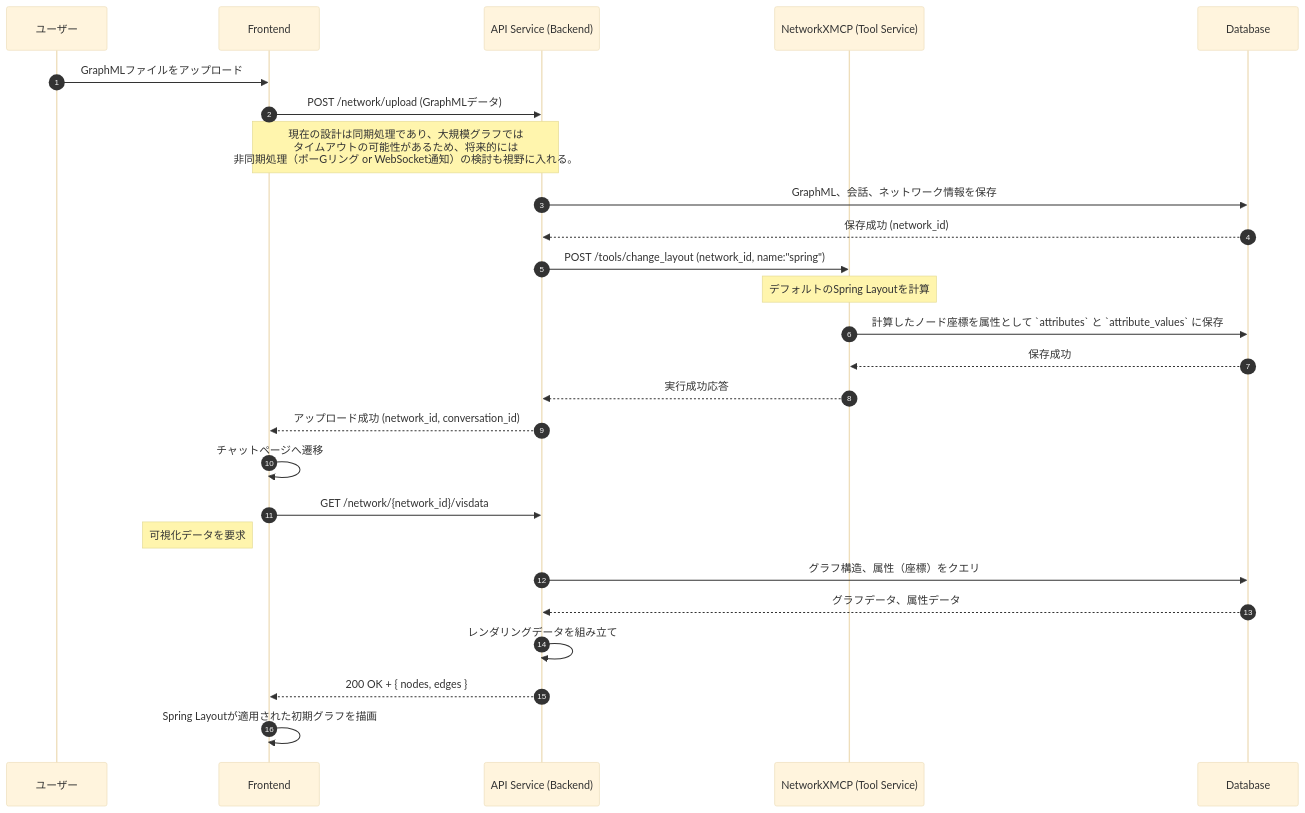
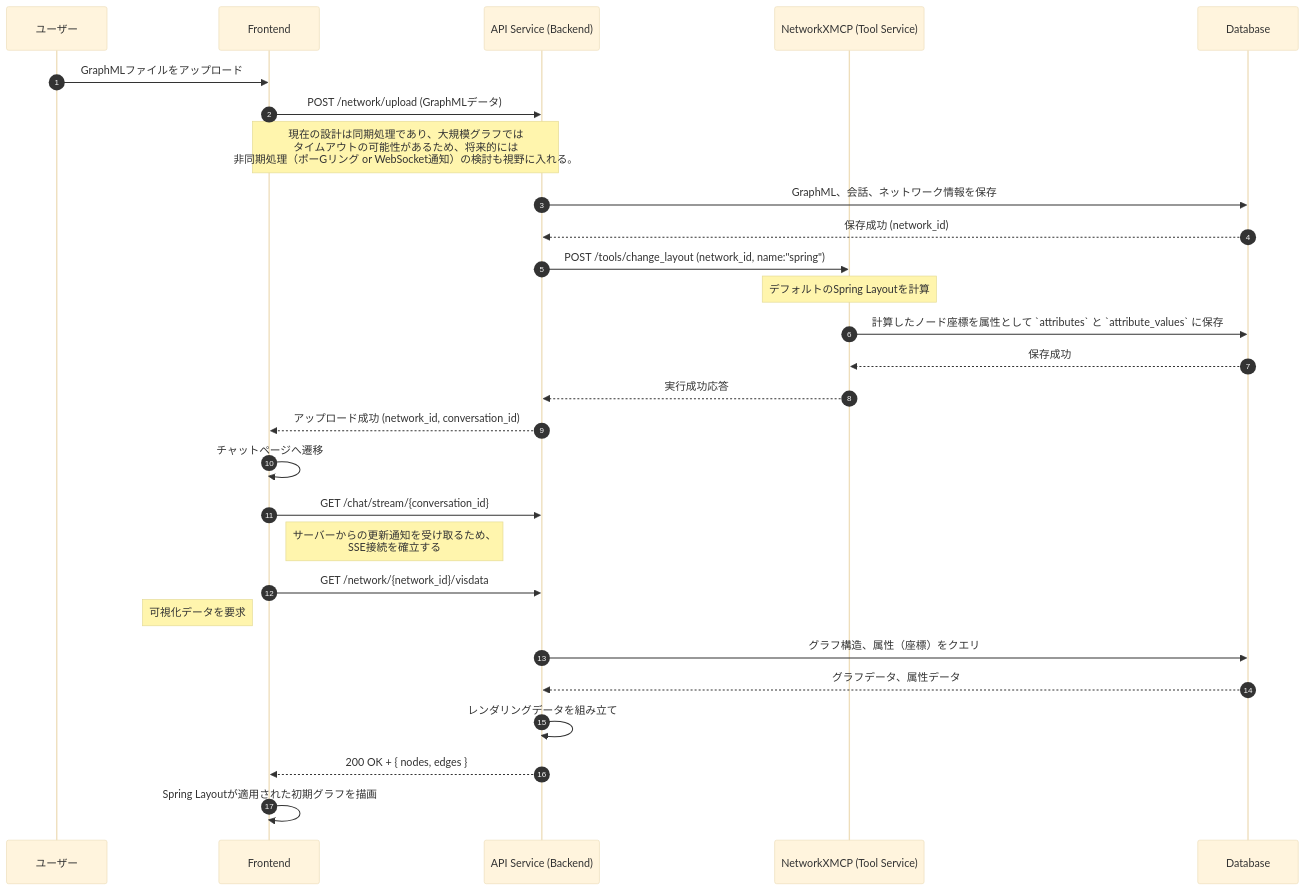
The first of 3 diagrams in specification/Interactions.md (vdslab/LLMGraphvis), drawn with Mermaid (base theme) before and after one commit. The commit also changed other lines of this file and 3 other files, not shown here.

````diff
--- a/specification/Interactions.md
+++ b/specification/Interactions.md
@@ -13,38 +13,40 @@
 ```mermaid
 sequenceDiagram
     autonumber
     participant U as ユーザー
     participant F as Frontend
     participant B as API Service (Backend)
     participant N as NetworkXMCP (Tool Service)
     participant DB as Database
 
     %% Step 1: User uploads a file
     U->>F: GraphMLファイルをアップロード
     F->>B: POST /network/upload (GraphMLデータ)
     note over B,F: 現在の設計は同期処理であり、大規模グラフでは<br/>タイムアウトの可能性があるため、将来的には<br/>非同期処理（ポーGリング or WebSocket通知）の検討も視野に入れる。
 
     %% Step 2: Backend saves initial data and requests default layout calculation
     B->>DB: GraphML、会話、ネットワーク情報を保存
     DB-->>B: 保存成功 (network_id)
     B->>N: POST /tools/change_layout (network_id, name:"spring")
     note over N: デフォルトのSpring Layoutを計算
 
     %% Step 3: NetworkXMCP computes and saves layout as an attribute
     N->>DB: 計算したノード座標を属性として `attributes` と `attribute_values` に保存
     DB-->>N: 保存成功
     N-->>B: 実行成功応答
     B-->>F: アップロード成功 (network_id, conversation_id)
 
     %% Step 4: Frontend navigates and fetches the initial graph data
     F->>F: チャットページへ遷移
+    F->>B: GET /chat/stream/{conversation_id}
+    note right of F: サーバーからの更新通知を受け取るため、<br/>SSE接続を確立する
     F->>B: GET /network/{network_id}/visdata
     note left of F: 可視化データを要求
     B->>DB: グラフ構造、属性（座標）をクエリ
     DB-->>B: グラフデータ、属性データ
     B->>B: レンダリングデータを組み立て
     B-->>F: 200 OK + { nodes, edges }
 
     %% Step 5: Frontend renders the initial graph
     F->>F: Spring Layoutが適用された初期グラフを描画
 ```
````
